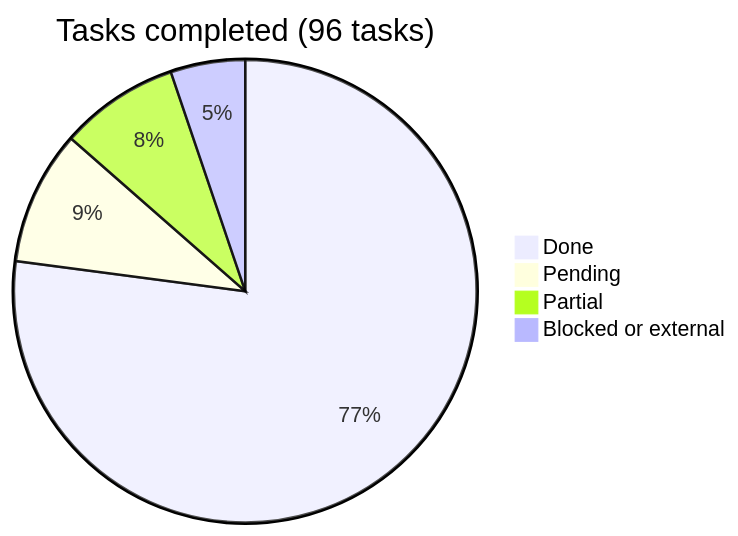
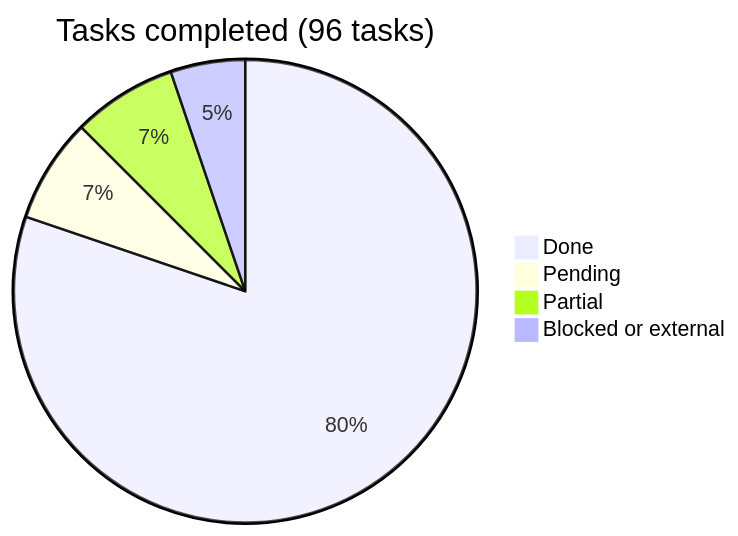
The diagram in docs/roadmap/README.md (araguaney-lat/araguaney-app), drawn with Mermaid before and after one commit. The commit also changed other lines of this file and 13 other files, not shown here.

````diff
--- a/docs/roadmap/README.md
+++ b/docs/roadmap/README.md
@@ -16,7 +16,7 @@
 ```mermaid
 pie title Tasks completed (96 tasks)
-    "Done" : 74
-    "Pending" : 9
-    "Partial" : 8
+    "Done" : 77
+    "Pending" : 7
+    "Partial" : 7
     "Blocked or external" : 5
 ```
````
